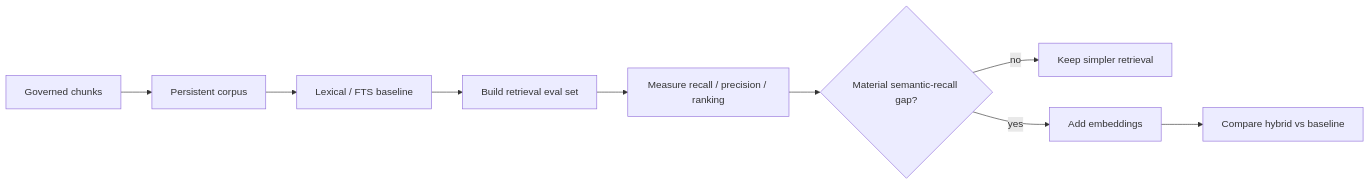
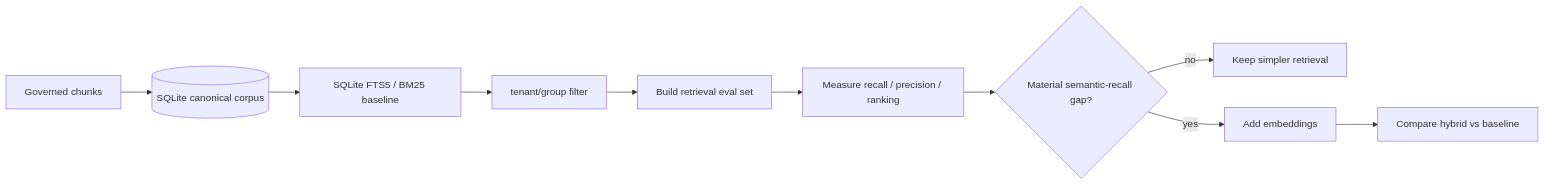
The fourth of 8 diagrams in docs/architecture/RAG_ARCHITECTURE.md (kumarchandansingh/tropos), drawn with Mermaid before and after one commit. The commit also changed other lines of this file and 11 other files, not shown here.

Commit message:
feat: persist governed knowledge corpus in sqlite

````diff
--- a/docs/architecture/RAG_ARCHITECTURE.md
+++ b/docs/architecture/RAG_ARCHITECTURE.md
@@ -91,12 +106,13 @@
 ```mermaid
 flowchart LR
     Chunk[Governed chunks]
-    --> Persist[Persistent corpus]
-    --> FTS[Lexical / FTS baseline]
+    --> Persist[(SQLite canonical corpus)]
+    --> FTS[SQLite FTS5 / BM25 baseline]
+    --> ACL[tenant/group filter]
     --> Dataset[Build retrieval eval set]
     --> Measure[Measure recall / precision / ranking]
     --> Gap{Material semantic-recall gap?}
     Gap -- no --> Keep[Keep simpler retrieval]
     Gap -- yes --> Embed[Add embeddings]
     Embed --> Hybrid[Compare hybrid vs baseline]
 ```
````
